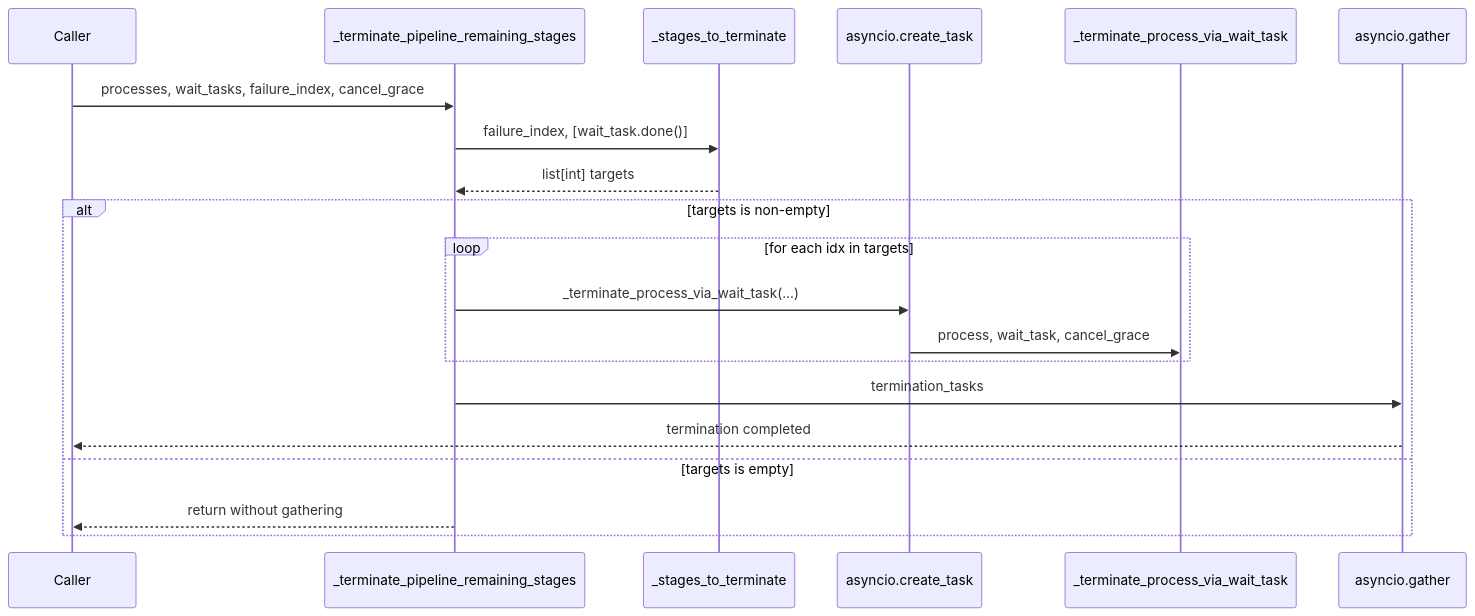
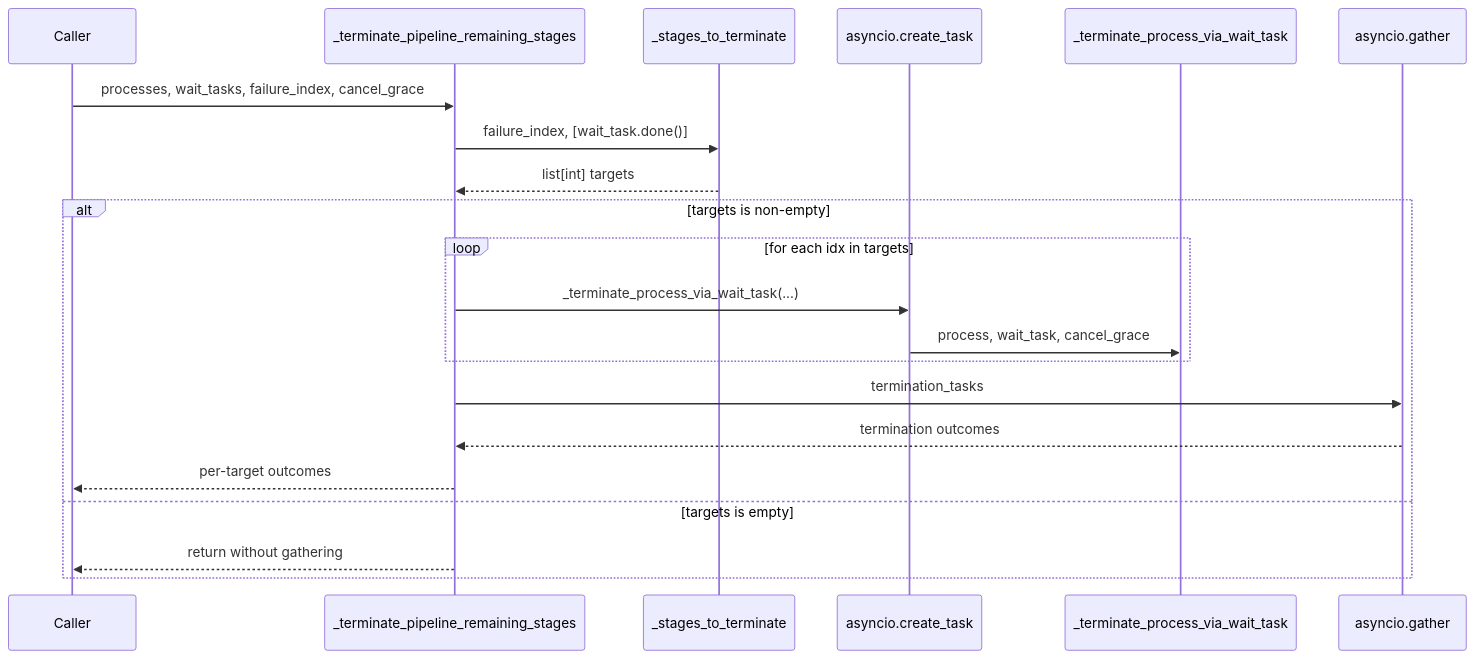
The fourth of 11 diagrams in docs/cuprum-design.md (leynos/cuprum), drawn with Mermaid before and after one commit. The commit also changed other lines of this file and 51 other files, not shown here.

````diff
--- a/docs/cuprum-design.md
+++ b/docs/cuprum-design.md
@@ -1258,23 +1278,24 @@
 ```mermaid
 sequenceDiagram
     participant Caller
     participant _terminate_pipeline_remaining_stages
     participant _stages_to_terminate
     participant asyncio_create_task as asyncio.create_task
     participant _terminate_process_via_wait_task
     participant asyncio_gather as asyncio.gather
 
     Caller->>_terminate_pipeline_remaining_stages: processes, wait_tasks, failure_index, cancel_grace
     _terminate_pipeline_remaining_stages->>_stages_to_terminate: failure_index, [wait_task.done()]
     _stages_to_terminate-->>_terminate_pipeline_remaining_stages: list[int] targets
     alt targets is non-empty
         loop for each idx in targets
             _terminate_pipeline_remaining_stages->>asyncio_create_task: _terminate_process_via_wait_task(...)
             asyncio_create_task->>_terminate_process_via_wait_task: process, wait_task, cancel_grace
         end
         _terminate_pipeline_remaining_stages->>asyncio_gather: termination_tasks
-        asyncio_gather-->>Caller: termination completed
+        asyncio_gather-->>_terminate_pipeline_remaining_stages: termination outcomes
+        _terminate_pipeline_remaining_stages-->>Caller: per-target outcomes
     else targets is empty
         _terminate_pipeline_remaining_stages-->>Caller: return without gathering
     end
 ```
````
